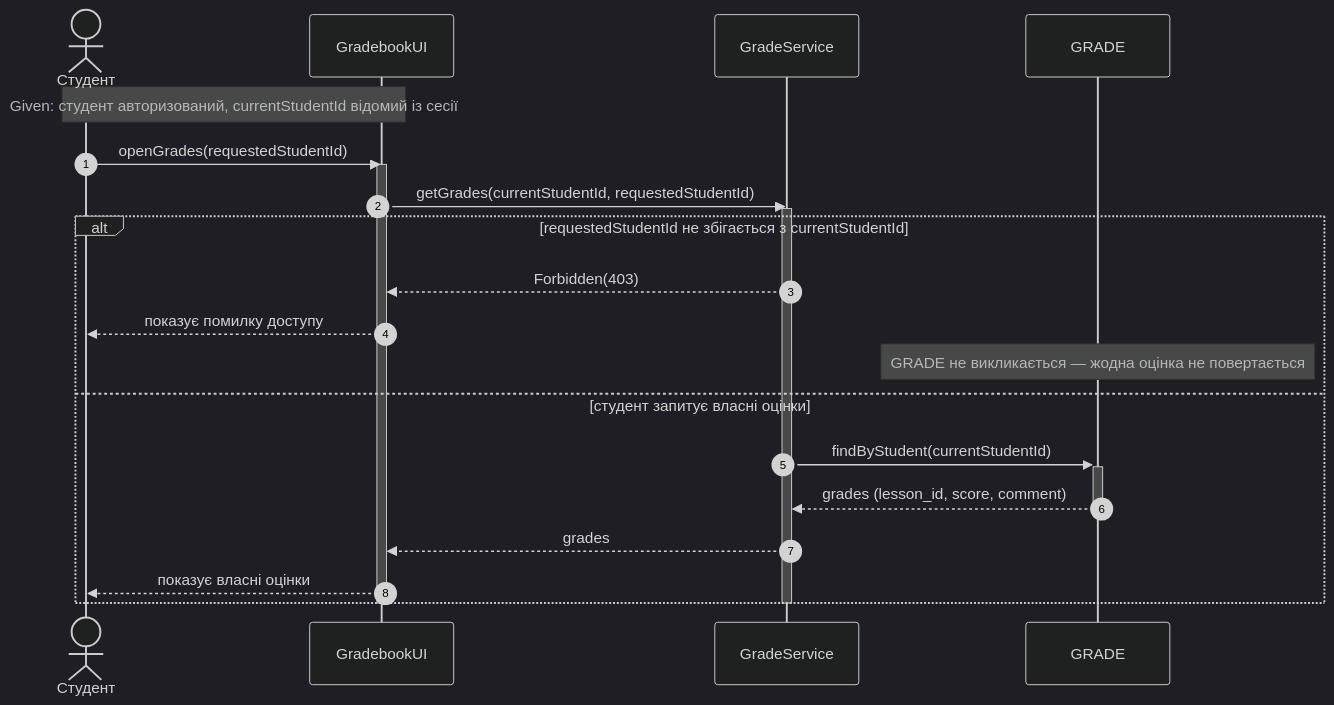
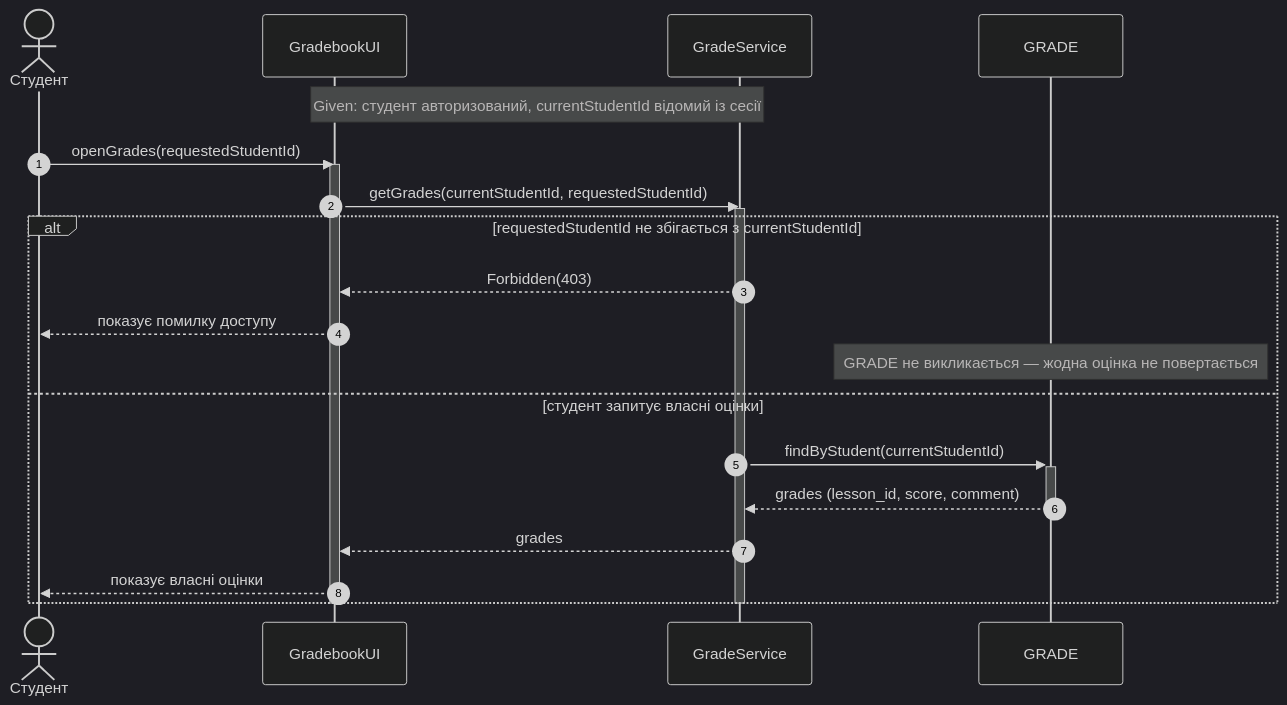
One commit to Mayki603/gradebook changed the sixth of 6 diagrams in sequence-diagrams.md. Above: the diagram before and after it, drawn with Mermaid (dark theme). The commit also changed other lines of this file, not shown here.

````diff
--- a/sequence-diagrams.md
+++ b/sequence-diagrams.md
@@ -251,26 +255,26 @@
 ```mermaid
 sequenceDiagram
     autonumber
     actor ST as Студент
     participant UI as GradebookUI
     participant GS as GradeService
     participant G as GRADE
 
-    Note over ST,UI: Given: студент авторизований, currentStudentId відомий із сесії
+    Note over UI,GS: Given: студент авторизований, currentStudentId відомий із сесії
     ST->>UI: openGrades(requestedStudentId)
     activate UI
     UI->>GS: getGrades(currentStudentId, requestedStudentId)
     activate GS
     alt requestedStudentId не збігається з currentStudentId
         GS-->>UI: Forbidden(403)
         UI-->>ST: показує помилку доступу
         Note over G: GRADE не викликається — жодна оцінка не повертається
     else студент запитує власні оцінки
         GS->>+G: findByStudent(currentStudentId)
         G-->>-GS: grades (lesson_id, score, comment)
         GS-->>UI: grades
         UI-->>ST: показує власні оцінки
     end
     deactivate GS
     deactivate UI
 ```
````
